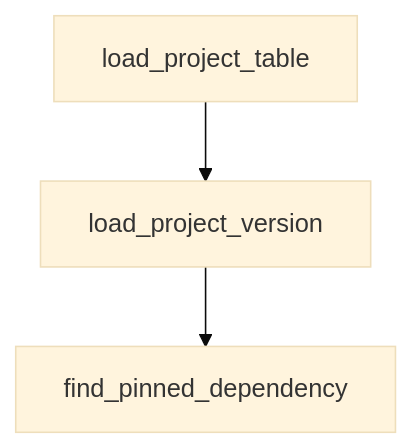
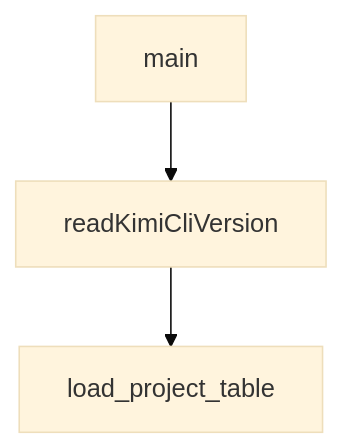
Before and after one commit to johnxie/awesome-code-docs: the diagram in tutorials/kimi-cli-tutorial/02-command-surface-and-session-controls.md, drawn with Mermaid (base theme). The commit also changed other lines of this file and 1232 other files, not shown here.

````diff
--- a/tutorials/kimi-cli-tutorial/02-command-surface-and-session-controls.md
+++ b/tutorials/kimi-cli-tutorial/02-command-surface-and-session-controls.md
@@ -174,8 +172,8 @@
 ```mermaid
 flowchart TD
-    A[load_project_table]
-    B[load_project_version]
-    C[find_pinned_dependency]
+    A[main]
+    B[readKimiCliVersion]
+    C[load_project_table]
     A --> B
     B --> C
 ```
````
